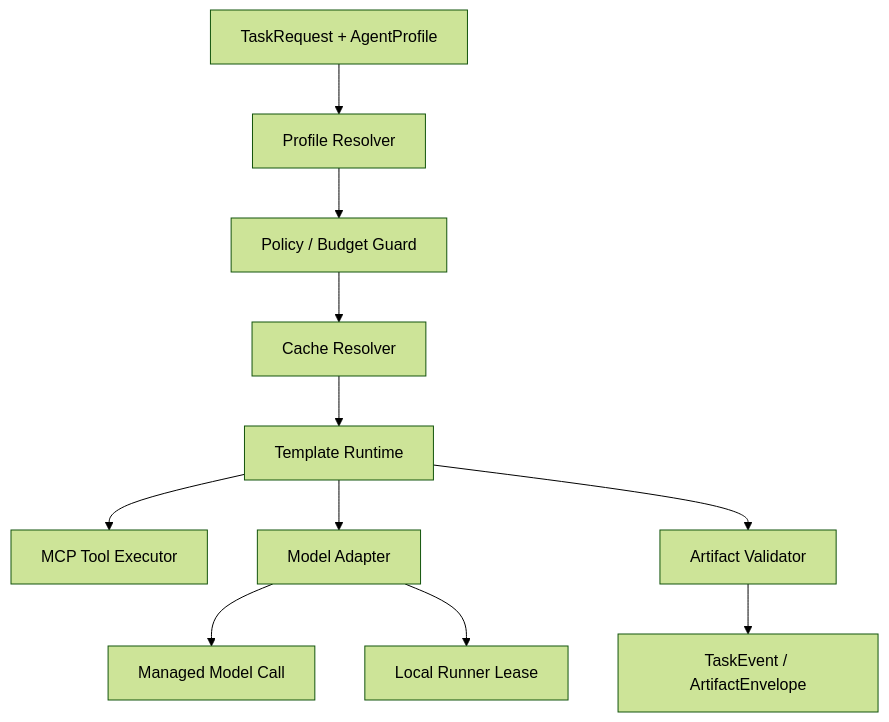
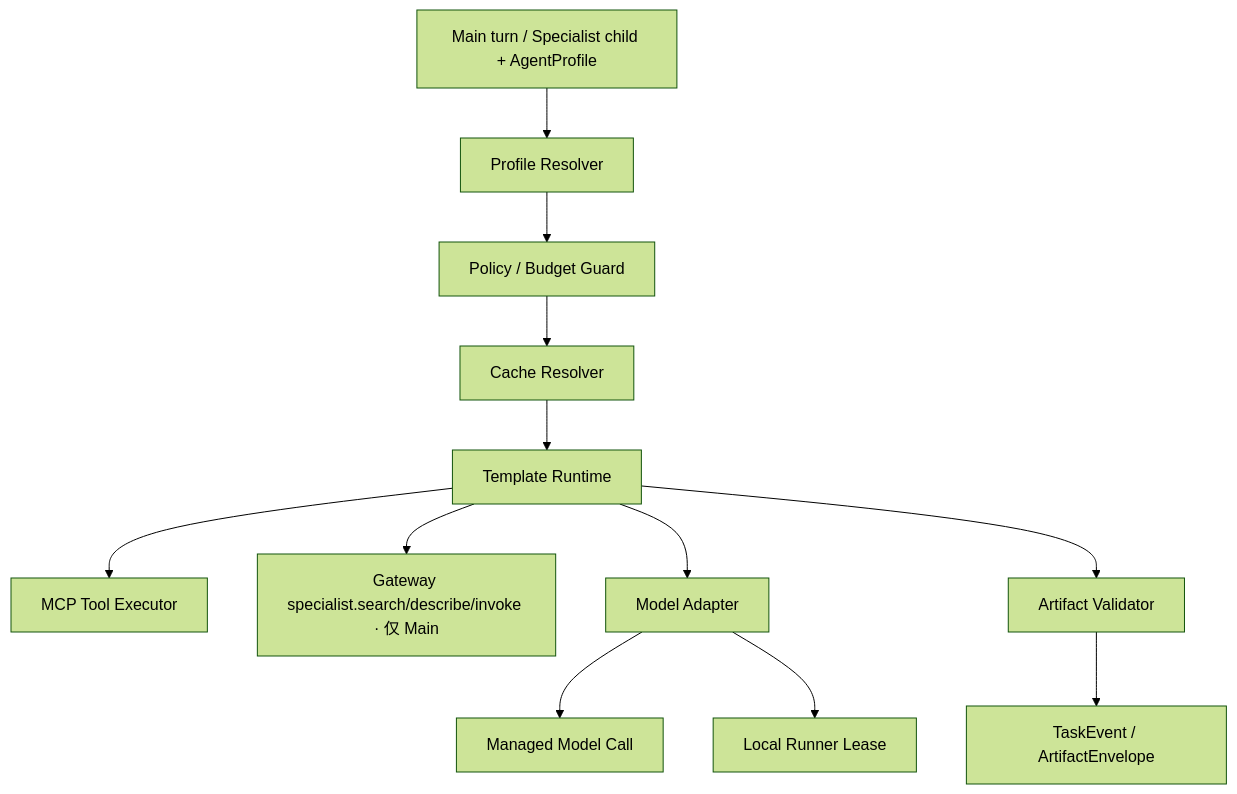
The diagram in docs/designs/04-personal-agent-harness.md (xytsakura/ai-for-better-life-in-ustc), drawn with Mermaid (forest theme) before and after one commit. The commit also changed other lines of this file and 23 other files, not shown here.

Commit message:
docs: adopt personal main agent single-hop orchestration

````diff
--- a/docs/designs/04-personal-agent-harness.md
+++ b/docs/designs/04-personal-agent-harness.md
@@ -317,13 +321,14 @@
 ```mermaid
 flowchart TB
-    TASK["TaskRequest + AgentProfile"] --> RESOLVE["Profile Resolver"]
+    TASK["Main turn / Specialist child + AgentProfile"] --> RESOLVE["Profile Resolver"]
     RESOLVE --> POLICY["Policy / Budget Guard"]
     POLICY --> CACHE["Cache Resolver"]
     CACHE --> FLOW["Template Runtime"]
     FLOW --> TOOLS["MCP Tool Executor"]
+    FLOW --> SPECIALIST["Gateway specialist.search/describe/invoke · 仅 Main"]
     FLOW --> MODEL["Model Adapter"]
     MODEL --> MANAGED["Managed Model Call"]
     MODEL --> LOCAL["Local Runner Lease"]
     FLOW --> VALIDATE["Artifact Validator"]
     VALIDATE --> EVENTS["TaskEvent / ArtifactEnvelope"]
 ```
````
